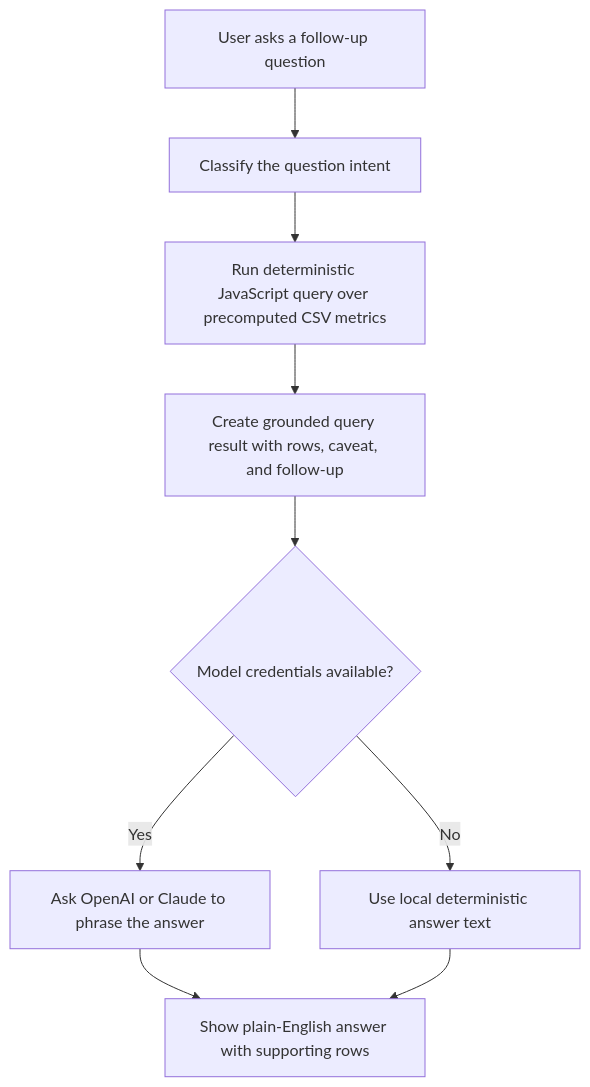
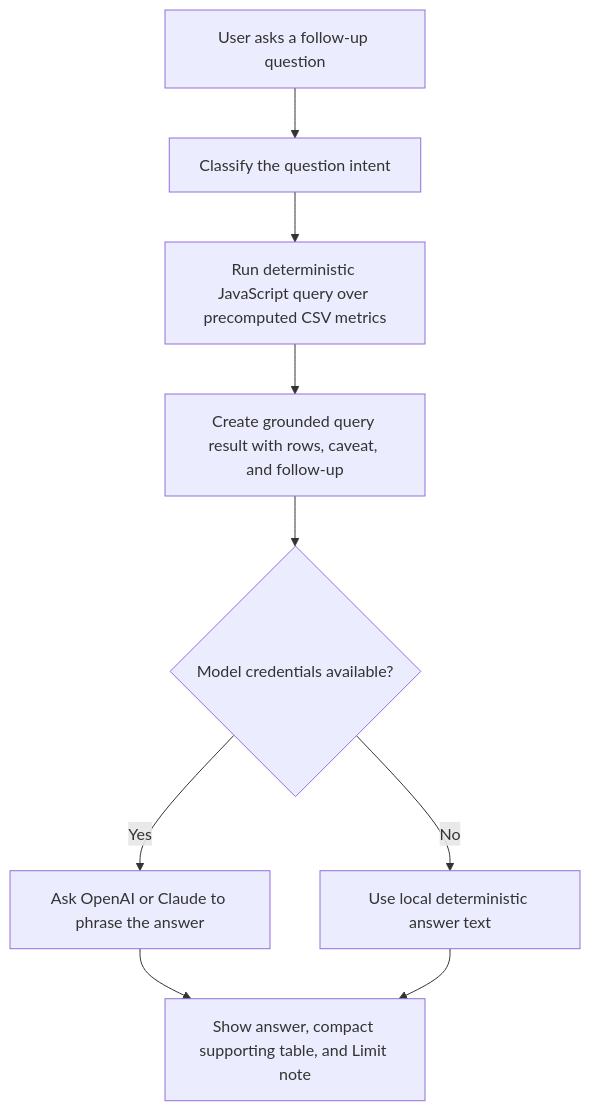
One commit to anowens/dev-color changed the diagram in README.md. Above: the diagram before and after it, drawn with Mermaid. The commit also changed other lines of this file, not shown here.

````diff
--- a/README.md
+++ b/README.md
@@ -62,11 +64,11 @@
 ```mermaid
 flowchart TD
   A[User asks a follow-up question] --> B[Classify the question intent]
   B --> C[Run deterministic JavaScript query over precomputed CSV metrics]
   C --> D[Create grounded query result with rows, caveat, and follow-up]
   D --> E{Model credentials available?}
   E -->|Yes| F[Ask OpenAI or Claude to phrase the answer]
   E -->|No| G[Use local deterministic answer text]
-  F --> H[Show plain-English answer with supporting rows]
+  F --> H[Show answer, compact supporting table, and Limit note]
   G --> H
 ```
````
